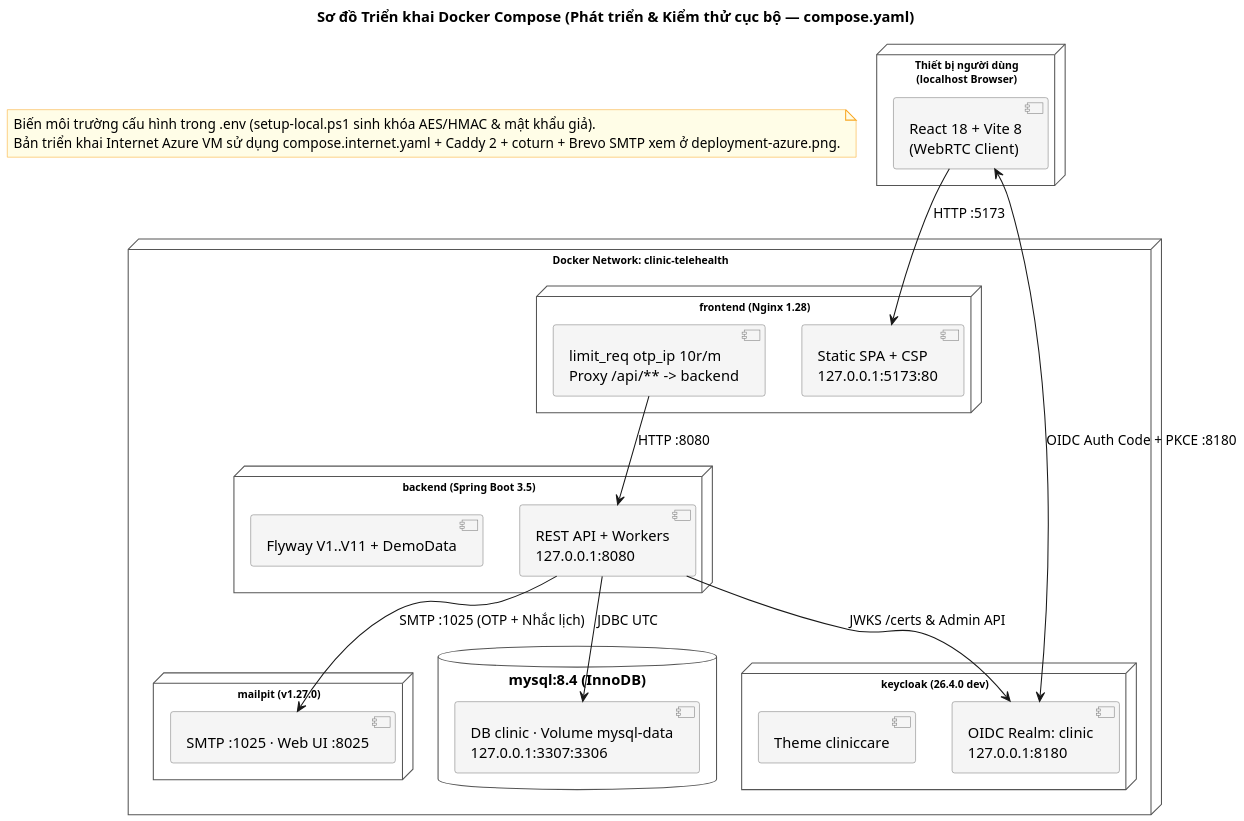
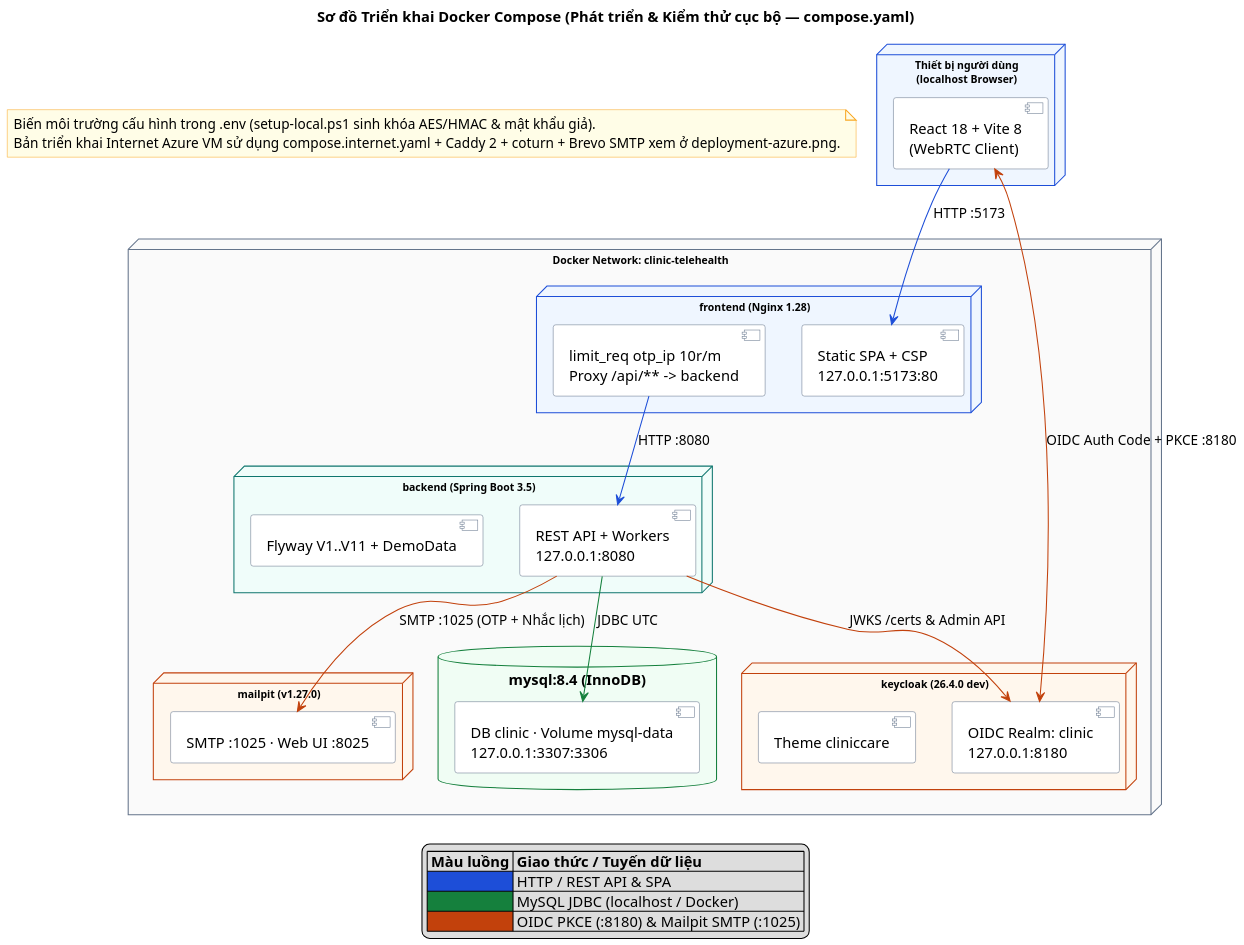
One commit to Samie32/SE-project changed the diagram in docs/design/architecture/deployment.puml. Above: the diagram before and after it, drawn with PlantUML. The commit also changed 25 other files, not shown here.

Commit message:
Chuan hoa mau sac, legend va bo cuc UML 2.5/ERD cho 13 so do nhieu duong noi

```diff
--- a/docs/design/architecture/deployment.puml
+++ b/docs/design/architecture/deployment.puml
@@ -1,63 +1,64 @@
 @startuml deployment
 skinparam node {
-  BackgroundColor White
-  BorderColor #555
   FontName Arial
   FontSize 10
 }
 skinparam component {
-  BackgroundColor #F5F5F5
-  BorderColor #777
-}
-skinparam database {
   BackgroundColor White
-  BorderColor #555
+  BorderColor #64748B
 }
 skinparam noteBackgroundColor #FFFDE7
 skinparam noteBorderColor #F9A825
 skinparam shadowing false
 skinparam dpi 150
 title Sơ đồ Triển khai Docker Compose (Phát triển & Kiểm thử cục bộ — compose.yaml)
 
-node "Thiết bị người dùng\n(localhost Browser)" as Client {
+node "Thiết bị người dùng\n(localhost Browser)" as Client #EFF6FF;line:1D4ED8 {
   component "React 18 + Vite 8\n(WebRTC Client)" as SPA
 }
 
-node "Docker Network: clinic-telehealth" {
-  node "frontend (Nginx 1.28)" as FE {
+node "Docker Network: clinic-telehealth" #FAFAFA;line:64748B {
+  node "frontend (Nginx 1.28)" as FE #EFF6FF;line:1D4ED8 {
     component "Static SPA + CSP\n127.0.0.1:5173:80" as NginxLocal
     component "limit_req otp_ip 10r/m\nProxy /api/** -> backend" as ProxyLocal
   }
 
-  node "backend (Spring Boot 3.5)" as BE {
+  node "backend (Spring Boot 3.5)" as BE #F0FDFA;line:0F766E {
     component "REST API + Workers\n127.0.0.1:8080" as SBLocal
     component "Flyway V1..V11 + DemoData" as FlywayLocal
   }
 
-  node "keycloak (26.4.0 dev)" as KC {
+  node "keycloak (26.4.0 dev)" as KC #FFF7ED;line:C2410C {
     component "OIDC Realm: clinic\n127.0.0.1:8180" as KCLocal
     component "Theme cliniccare" as ThemeLocal
   }
 
-  node "mailpit (v1.27.0)" as MP {
+  node "mailpit (v1.27.0)" as MP #FFF7ED;line:C2410C {
     component "SMTP :1025 · Web UI :8025" as MailpitLocal
   }
 
-  database "mysql:8.4 (InnoDB)" as DB {
+  database "mysql:8.4 (InnoDB)" as DB #F0FDF4;line:15803D {
     component "DB clinic · Volume mysql-data\n127.0.0.1:3307:3306" as MySQLLocal
   }
 }
 
-SPA --> NginxLocal : HTTP :5173
-SPA <--> KCLocal : OIDC Auth Code + PKCE :8180
-ProxyLocal --> SBLocal : HTTP :8080
-SBLocal --> MySQLLocal : JDBC UTC
-SBLocal --> KCLocal : JWKS /certs & Admin API
-SBLocal --> MailpitLocal : SMTP :1025 (OTP + Nhắc lịch)
+SPA -[#1D4ED8]-> NginxLocal : HTTP :5173
+SPA <-[#C2410C]-> KCLocal : OIDC Auth Code + PKCE :8180
+ProxyLocal -[#1D4ED8]-> SBLocal : HTTP :8080
+SBLocal -[#15803D]-> MySQLLocal : JDBC UTC
+SBLocal -[#C2410C]-> KCLocal : JWKS /certs & Admin API
+SBLocal -[#C2410C]-> MailpitLocal : SMTP :1025 (OTP + Nhắc lịch)
 
 note as N1
   Biến môi trường cấu hình trong .env (setup-local.ps1 sinh khóa AES/HMAC & mật khẩu giả).
   Bản triển khai Internet Azure VM sử dụng compose.internet.yaml + Caddy 2 + coturn + Brevo SMTP xem ở deployment-azure.png.
 end note
 
+legend bottom
+  |= Màu luồng |= Giao thức / Tuyến dữ liệu |
+  |<#1D4ED8>   | HTTP / REST API & SPA |
+  |<#15803D>   | MySQL JDBC (localhost / Docker) |
+  |<#C2410C>   | OIDC PKCE (:8180) & Mailpit SMTP (:1025) |
+endlegend
+
 @enduml
```
